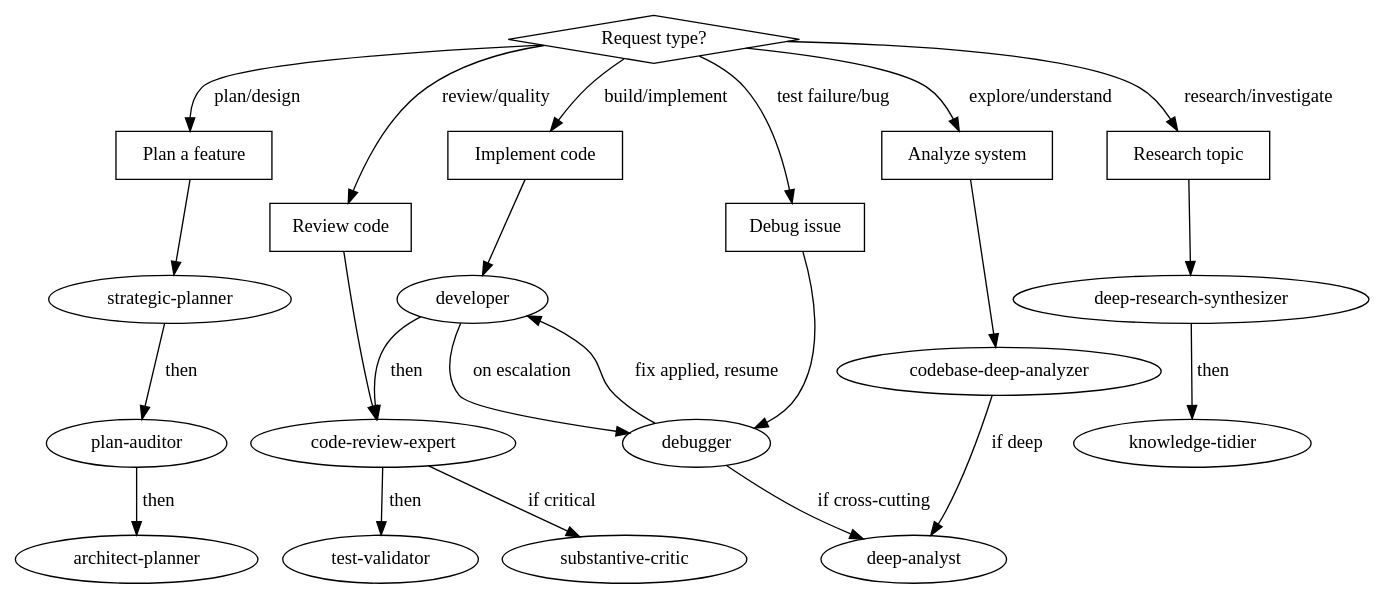
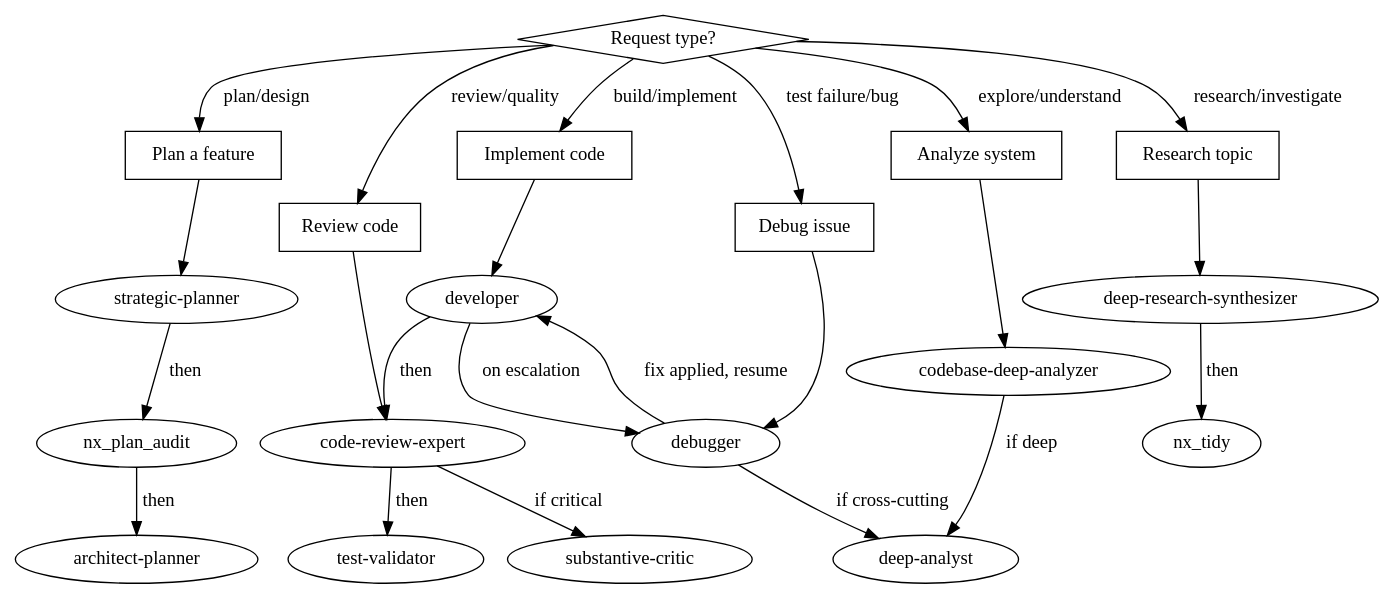
One commit to Hellblazer/nexus changed the diagram in nx/skills/orchestration/reference.md. Above: the diagram before and after it, drawn with Graphviz. The commit also changed other lines of this file and 17 other files, not shown here.

````diff
--- a/nx/skills/orchestration/reference.md
+++ b/nx/skills/orchestration/reference.md
@@ -7,55 +7,55 @@
 ```dot
 digraph routing {
     rankdir=TB;
     "Request type?" [shape=diamond];
 
     "Plan a feature" [shape=box];
     "Implement code" [shape=box];
     "Debug issue" [shape=box];
     "Review code" [shape=box];
     "Research topic" [shape=box];
     "Analyze system" [shape=box];
 
     "strategic-planner" [shape=ellipse];
-    "plan-auditor" [shape=ellipse];
+    "nx_plan_audit" [shape=ellipse];
     "architect-planner" [shape=ellipse];
     "developer" [shape=ellipse];
     "code-review-expert" [shape=ellipse];
     "test-validator" [shape=ellipse];
     "debugger" [shape=ellipse];
     "deep-analyst" [shape=ellipse];
     "substantive-critic" [shape=ellipse];
     "deep-research-synthesizer" [shape=ellipse];
-    "knowledge-tidier" [shape=ellipse];
+    "nx_tidy" [shape=ellipse];
     "codebase-deep-analyzer" [shape=ellipse];
 
     "Request type?" -> "Plan a feature" [label="plan/design"];
     "Request type?" -> "Implement code" [label="build/implement"];
     "Request type?" -> "Debug issue" [label="test failure/bug"];
     "Request type?" -> "Review code" [label="review/quality"];
     "Request type?" -> "Research topic" [label="research/investigate"];
     "Request type?" -> "Analyze system" [label="explore/understand"];
 
     "Plan a feature" -> "strategic-planner";
-    "strategic-planner" -> "plan-auditor" [label="then"];
-    "plan-auditor" -> "architect-planner" [label="then"];
+    "strategic-planner" -> "nx_plan_audit" [label="then"];
+    "nx_plan_audit" -> "architect-planner" [label="then"];
 
     "Implement code" -> "developer";
     "developer" -> "code-review-expert" [label="then"];
     "developer" -> "debugger" [label="on escalation"];
     "debugger" -> "developer" [label="fix applied, resume"];
     "code-review-expert" -> "test-validator" [label="then"];
 
     "Debug issue" -> "debugger";
     "debugger" -> "deep-analyst" [label="if cross-cutting"];
 
     "Review code" -> "code-review-expert";
     "code-review-expert" -> "substantive-critic" [label="if critical"];
 
     "Research topic" -> "deep-research-synthesizer";
-    "deep-research-synthesizer" -> "knowledge-tidier" [label="then"];
+    "deep-research-synthesizer" -> "nx_tidy" [label="then"];
 
     "Analyze system" -> "codebase-deep-analyzer";
     "codebase-deep-analyzer" -> "deep-analyst" [label="if deep"];
 }
 ```
````
